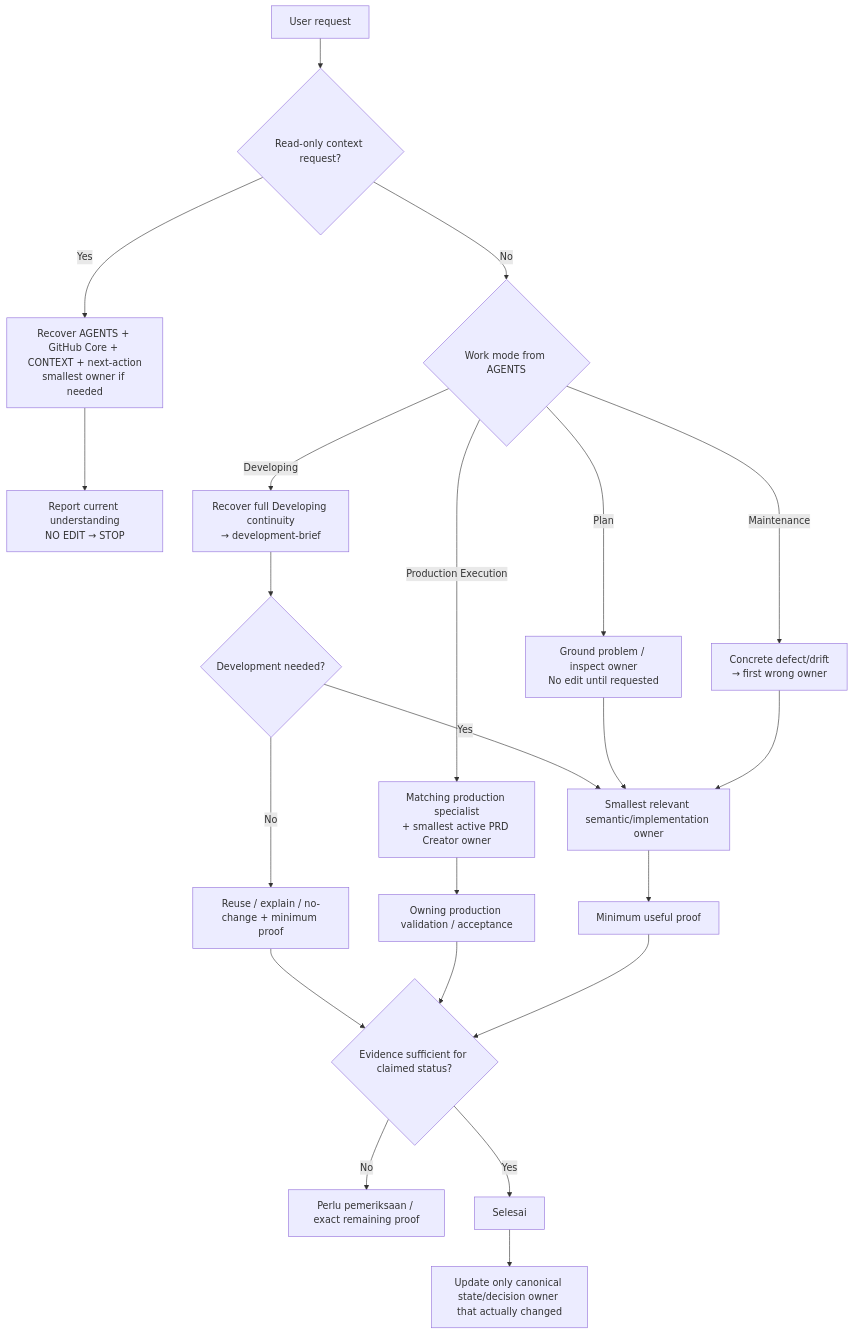
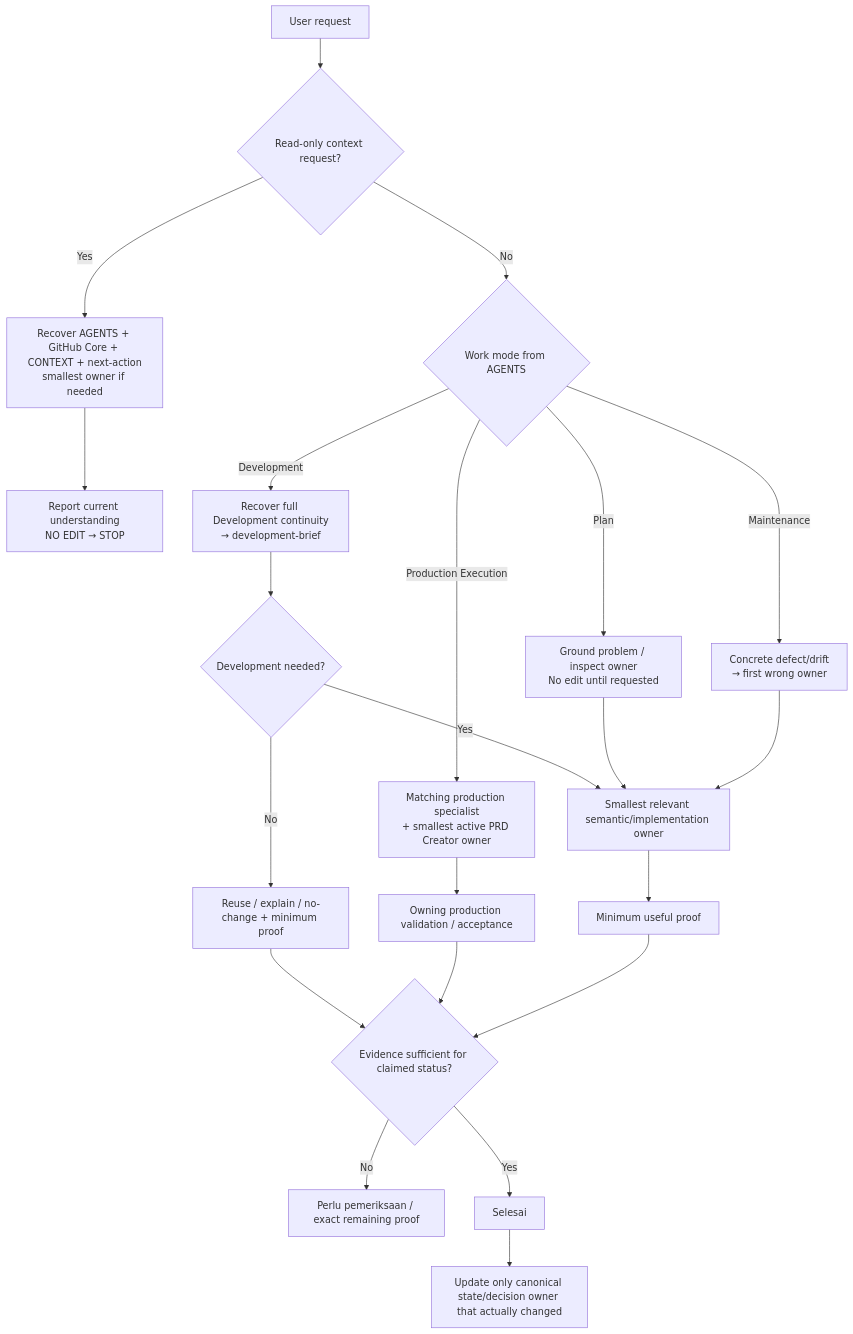
The diagram in docs/knowledge/work-routing.md (halokaryamedia-source/PRD-Creator), drawn with Mermaid before and after one commit. The commit also changed other lines of this file and 20 other files, not shown here.

````diff
--- a/docs/knowledge/work-routing.md
+++ b/docs/knowledge/work-routing.md
@@ -9,27 +9,27 @@
 ```mermaid
 flowchart TD
     A[User request] --> B{Read-only context request?}
     B -->|Yes| O[Recover AGENTS + GitHub Core + CONTEXT + next-action<br/>smallest owner if needed]
     O --> OR[Report current understanding<br/>NO EDIT → STOP]
     B -->|No| C{Work mode from AGENTS}
 
     C -->|Plan| P[Ground problem / inspect owner<br/>No edit until requested]
     C -->|Production Execution| PE[Matching production specialist<br/>+ smallest active PRD Creator owner]
-    C -->|Developing| D[Recover full Developing continuity<br/>→ development-brief]
+    C -->|Development| D[Recover full Development continuity<br/>→ development-brief]
     C -->|Maintenance| M[Concrete defect/drift<br/>→ first wrong owner]
 
     D --> N{Development needed?}
     N -->|No| NC[Reuse / explain / no-change + minimum proof]
     N -->|Yes| I[Smallest relevant semantic/implementation owner]
     P --> I
     M --> I
 
     PE --> V[Owning production validation / acceptance]
     I --> V2[Minimum useful proof]
     NC --> F
     V --> F{Evidence sufficient for claimed status?}
     V2 --> F
     F -->|No| R[Perlu pemeriksaan / exact remaining proof]
     F -->|Yes| S[Selesai]
     S --> U[Update only canonical state/decision owner that actually changed]
 ```
````
